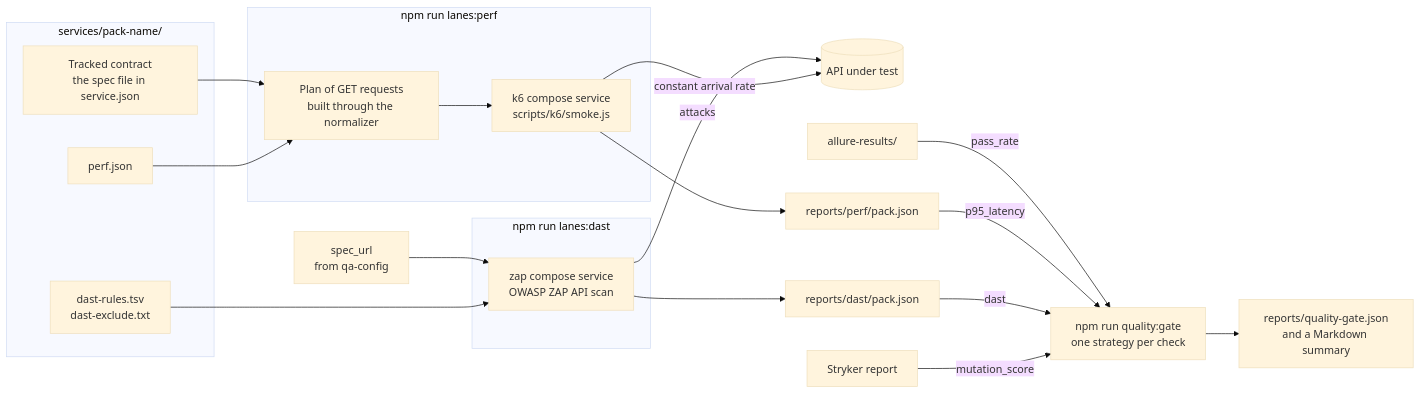
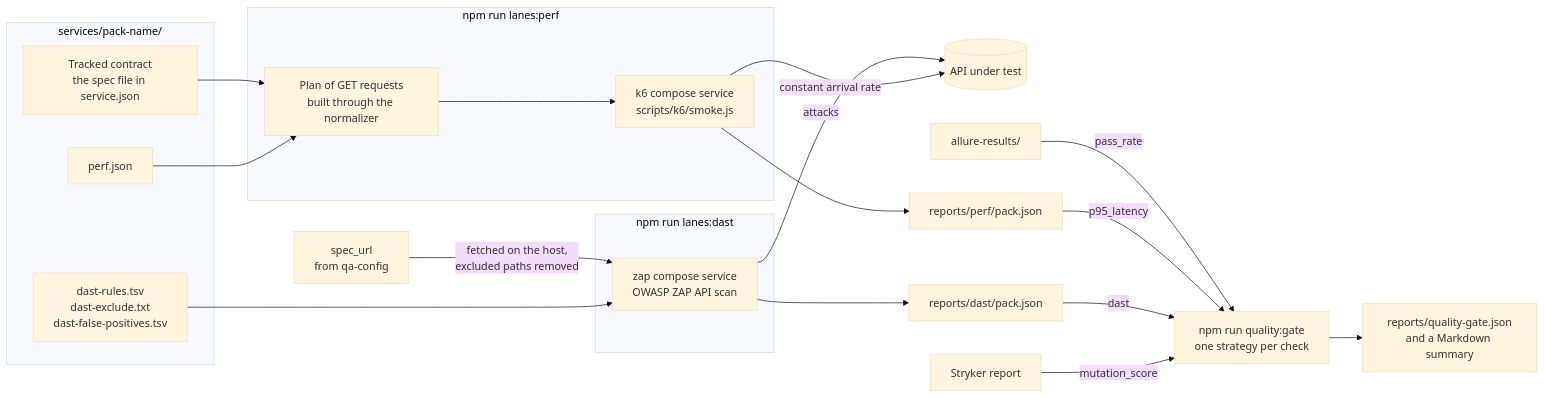
One commit to marceloancieta/api-qa-agentic-framework changed the fifth of 6 diagrams in docs/architecture.md. Above: the diagram before and after it, drawn with Mermaid (base theme). The commit also changed other lines of this file and 38 other files, not shown here.

````diff
--- a/docs/architecture.md
+++ b/docs/architecture.md
@@ -338,42 +348,42 @@
 ```mermaid
 flowchart LR
   subgraph packFiles["services/pack-name/"]
     contract["Tracked contract<br/>the spec file in service.json"]
-    dastPolicy["dast-rules.tsv<br/>dast-exclude.txt"]
+    dastPolicy["dast-rules.tsv<br/>dast-exclude.txt<br/>dast-false-positives.tsv"]
     perfPolicy["perf.json"]
   end
 
   specUrl["spec_url<br/>from qa-config"]
   api[("API under test")]
 
   subgraph dastLane["npm run lanes:dast"]
     zap["zap compose service<br/>OWASP ZAP API scan"]
   end
 
   subgraph perfLane["npm run lanes:perf"]
     plan["Plan of GET requests<br/>built through the normalizer"]
     k6["k6 compose service<br/>scripts/k6/smoke.js"]
   end
 
-  specUrl --> zap
+  specUrl -->|fetched on the host,<br/>excluded paths removed| zap
   dastPolicy --> zap
   contract --> plan
   perfPolicy --> plan
   plan --> k6
   zap -->|attacks| api
   k6 -->|constant arrival rate| api
 
   zapReport["reports/dast/pack.json"]
   k6Summary["reports/perf/pack.json"]
   allure["allure-results/"]
   mutation["Stryker report"]
   gate["npm run quality:gate<br/>one strategy per check"]
 
   zap --> zapReport
   k6 --> k6Summary
   allure -->|pass_rate| gate
   k6Summary -->|p95_latency| gate
   zapReport -->|dast| gate
   mutation -->|mutation_score| gate
   gate --> verdict["reports/quality-gate.json<br/>and a Markdown summary"]
 ```
````
